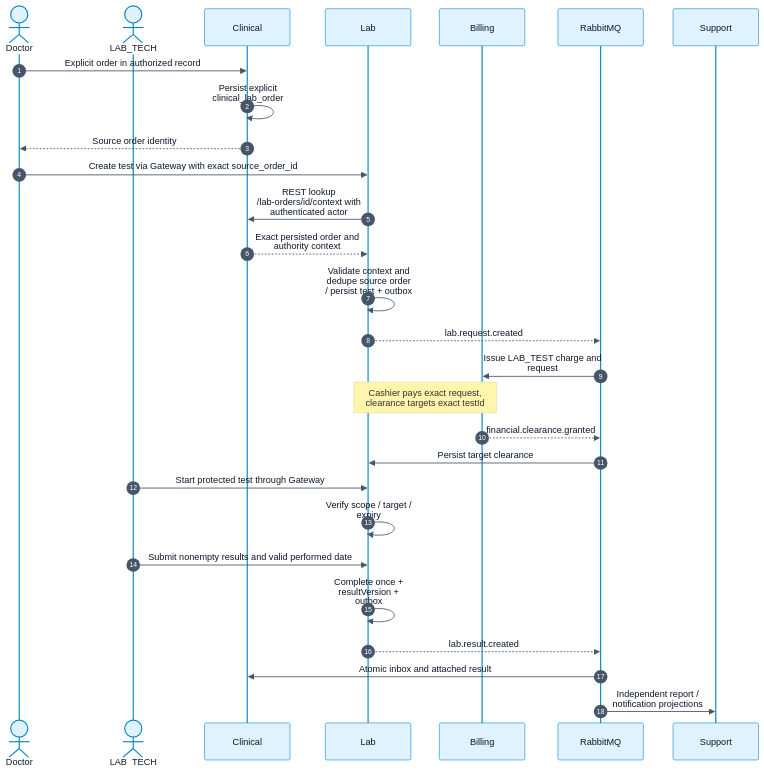
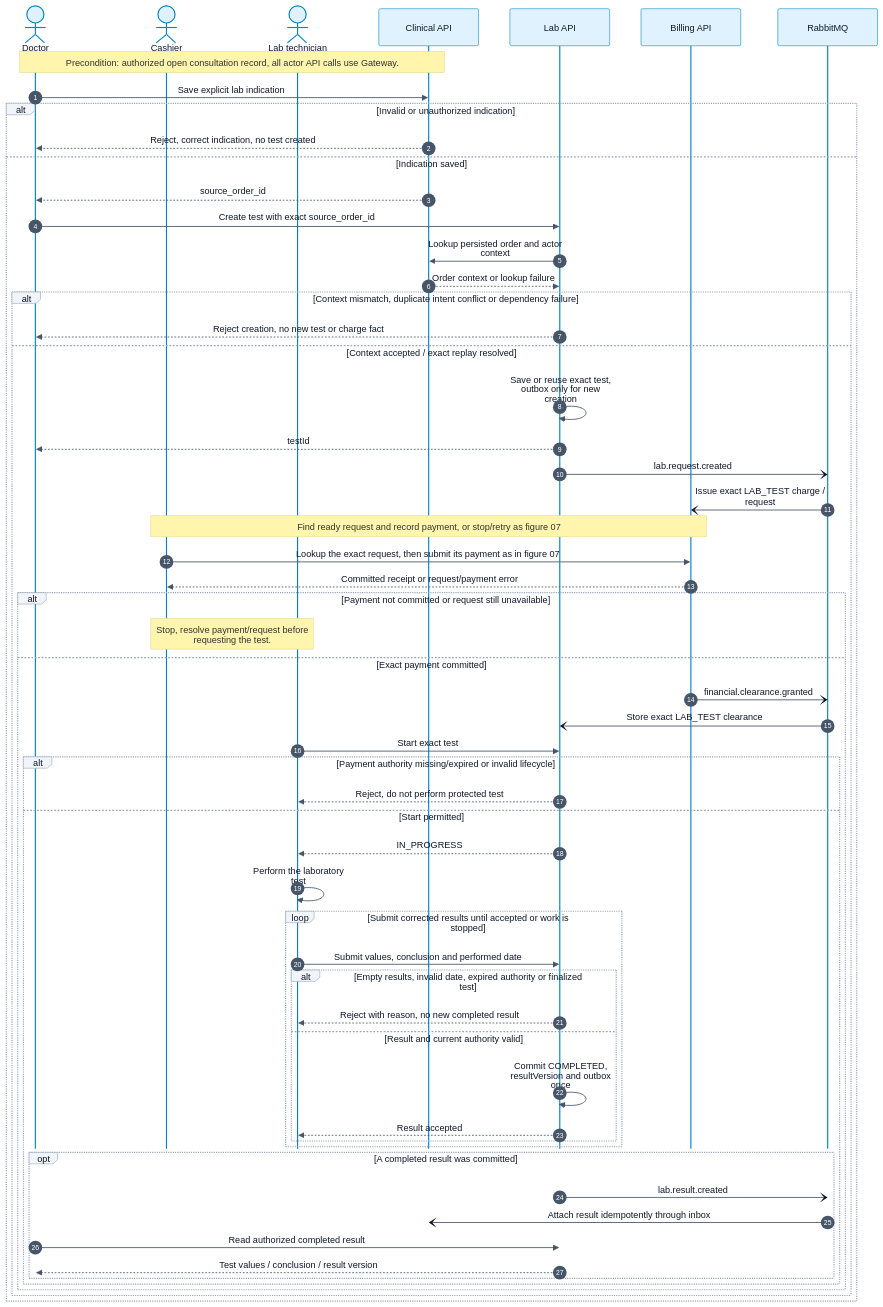
One commit to Dangvinh77/MediFlow changed diagram 16 of 41 in docs/monitor_proj_progress/02-giai-doan-2-thiet-ke-giao-dien-tieu-chuan/review-2/01-review-2-standard-en.md. Above: the diagram before and after it, drawn with Mermaid. The commit also changed other lines of this file and 896 other files, not shown here.

Commit message:
docs(review2): align diagrams with supervisor feedback

````diff
--- a/docs/monitor_proj_progress/02-giai-doan-2-thiet-ke-giao-dien-tieu-chuan/review-2/01-review-2-standard-en.md
+++ b/docs/monitor_proj_progress/02-giai-doan-2-thiet-ke-giao-dien-tieu-chuan/review-2/01-review-2-standard-en.md
@@ -882,31 +800,61 @@
 ```mermaid
-%%{init: {"theme": "base", "securityLevel": "loose", "fontFamily": "Arial, sans-serif", "themeVariables": {"primaryColor": "#e0f2fe", "primaryTextColor": "#0f172a", "primaryBorderColor": "#0284c7", "lineColor": "#475569", "secondaryColor": "#ccfbf1", "tertiaryColor": "#f1f5f9", "background": "#ffffff", "mainBkg": "#e0f2fe", "nodeBorder": "#0284c7", "clusterBkg": "#f8fafc", "clusterBorder": "#94a3b8", "actorBkg": "#e0f2fe", "actorBorder": "#0284c7", "actorTextColor": "#0f172a", "signalColor": "#475569", "signalTextColor": "#0f172a", "labelBoxBkgColor": "#f1f5f9", "labelBoxBorderColor": "#94a3b8", "activationBkgColor": "#ccfbf1", "activationBorderColor": "#0f766e", "sequenceNumberColor": "#ffffff", "attributeBackgroundColorOdd": "#ffffff", "attributeBackgroundColorEven": "#f0f9ff"}, "flowchart": {"htmlLabels": true, "curve": "basis", "nodeSpacing": 30, "rankSpacing": 50}, "sequence": {"useMaxWidth": true, "wrap": true}, "er": {"useMaxWidth": true}}}%%
+%%{init: {"theme": "base", "securityLevel": "loose", "fontFamily": "Arial, sans-serif", "themeVariables": {"primaryColor": "#e0f2fe", "primaryTextColor": "#0f172a", "primaryBorderColor": "#0284c7", "lineColor": "#475569", "secondaryColor": "#ccfbf1", "tertiaryColor": "#f1f5f9", "background": "#ffffff", "mainBkg": "#e0f2fe", "nodeBorder": "#0284c7", "clusterBkg": "#f8fafc", "clusterBorder": "#94a3b8", "actorBkg": "#e0f2fe", "actorBorder": "#0284c7", "actorTextColor": "#0f172a", "signalColor": "#475569", "signalTextColor": "#0f172a", "labelBoxBkgColor": "#f1f5f9", "labelBoxBorderColor": "#94a3b8", "activationBkgColor": "#ccfbf1", "activationBorderColor": "#0f766e", "sequenceNumberColor": "#ffffff", "attributeBackgroundColorOdd": "#ffffff", "attributeBackgroundColorEven": "#f0f9ff"}, "flowchart": {"htmlLabels": true, "curve": "linear", "nodeSpacing": 40, "rankSpacing": 46, "subGraphTitleMargin": {"top": 12, "bottom": 45}}, "sequence": {"useMaxWidth": true, "wrap": true, "actorMargin": 55, "width": 175, "messageMargin": 30, "mirrorActors": false}, "er": {"useMaxWidth": true}, "maxTextSize": 2000000, "class": {"nodeSpacing": 30, "rankSpacing": 55}}}%%
 sequenceDiagram
  autonumber
- actor Doctor
- actor Tech as LAB_TECH
- participant C as Clinical
- participant L as Lab
- participant B as Billing
+ actor Doctor as Doctor
+ actor Cashier as Cashier
+ actor Tech as Lab technician
+ participant C as Clinical API
+ participant L as Lab API
+ participant B as Billing API
  participant Q as RabbitMQ
- participant S as Support
- Doctor->>C: Explicit order in authorized record
- C->>C: Persist explicit clinical_lab_order
- C-->>Doctor: Source order identity
- Doctor->>L: Create test via Gateway with exact source_order_id
- L->>C: REST lookup /lab-orders/id/context with authenticated actor
- C-->>L: Exact persisted order and authority context
- L->>L: Validate context and dedupe source order / persist test + outbox
- L-->>Q: lab.request.created
- Q->>B: Issue LAB_TEST charge and request
- Note over B,L: Cashier pays exact request, clearance targets exact testId
- B-->>Q: financial.clearance.granted
- Q->>L: Persist target clearance
- Tech->>L: Start protected test through Gateway
- L->>L: Verify scope / target / expiry
- Tech->>L: Submit nonempty results and valid performed date
- L->>L: Complete once + resultVersion + outbox
- L-->>Q: lab.result.created
- Q->>C: Atomic inbox and attached result
- Q->>S: Independent report / notification projections
+ Note over Doctor,C: Precondition: authorized open consultation record, all actor API calls use Gateway.
+ Doctor->>C: Save explicit lab indication
+ alt Invalid or unauthorized indication
+  C-->>Doctor: Reject, correct indication, no test created
+ else Indication saved
+  C-->>Doctor: source_order_id
+  Doctor->>L: Create test with exact source_order_id
+  L->>C: Lookup persisted order and actor context
+  C-->>L: Order context or lookup failure
+  alt Context mismatch, duplicate intent conflict or dependency failure
+   L-->>Doctor: Reject creation, no new test or charge fact
+  else Context accepted / exact replay resolved
+   L->>L: Save or reuse exact test, outbox only for new creation
+   L-->>Doctor: testId
+   L-)Q: lab.request.created
+   Q-)B: Issue exact LAB_TEST charge / request
+   Note over Cashier,B: Find ready request and record payment, or stop/retry as figure 07
+   Cashier->>B: Lookup the exact request, then submit its payment as in figure 07
+   B-->>Cashier: Committed receipt or request/payment error
+   alt Payment not committed or request still unavailable
+    Note over Cashier,Tech: Stop, resolve payment/request before requesting the test.
+   else Exact payment committed
+   B-)Q: financial.clearance.granted
+   Q-)L: Store exact LAB_TEST clearance
+   Tech->>L: Start exact test
+   alt Payment authority missing/expired or invalid lifecycle
+    L-->>Tech: Reject, do not perform protected test
+   else Start permitted
+    L-->>Tech: IN_PROGRESS
+    Tech->>Tech: Perform the laboratory test
+    loop Submit corrected results until accepted or work is stopped
+     Tech->>L: Submit values, conclusion and performed date
+     alt Empty results, invalid date, expired authority or finalized test
+      L-->>Tech: Reject with reason, no new completed result
+     else Result and current authority valid
+      L->>L: Commit COMPLETED, resultVersion and outbox once
+      L-->>Tech: Result accepted
+     end
+    end
+    opt A completed result was committed
+     L-)Q: lab.result.created
+     Q-)C: Attach result idempotently through inbox
+     Doctor->>L: Read authorized completed result
+     L-->>Doctor: Test values / conclusion / result version
+    end
+   end
+   end
+  end
+ end
 ```
````
